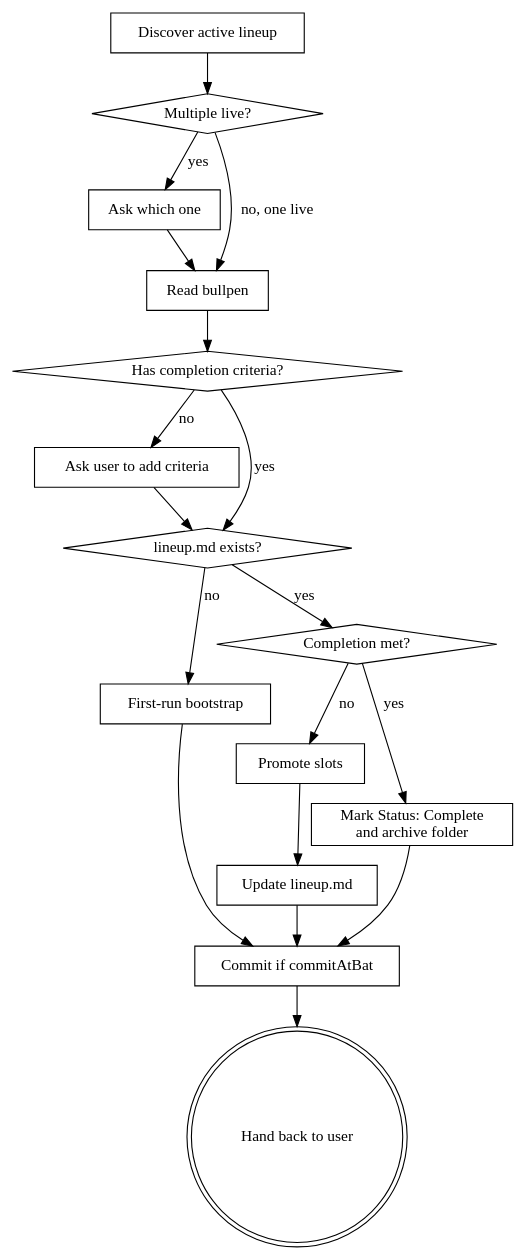
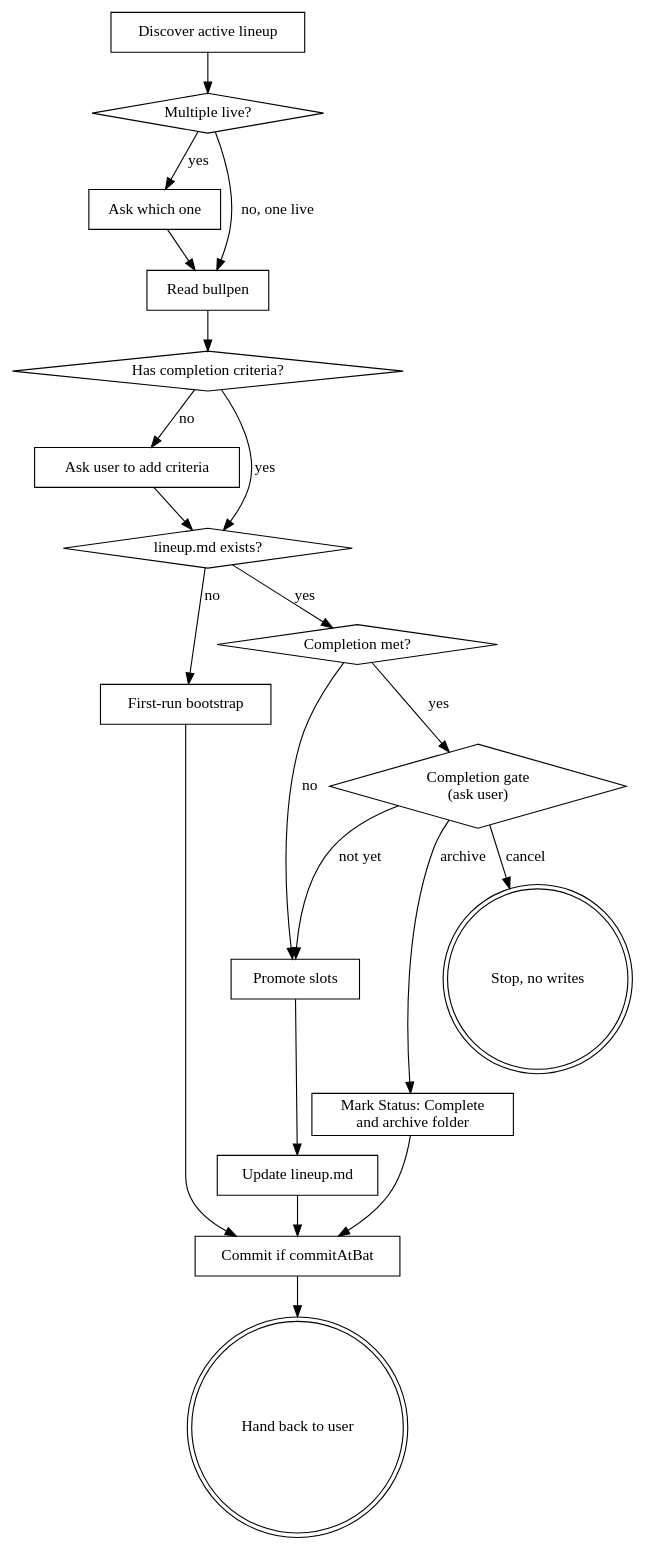
The diagram in plugins/lineup/skills/lineup/SKILL.md (robmt/claude-tools), drawn with Graphviz before and after one commit. The commit also changed other lines of this file and 2 other files, not shown here.

First line of the commit message:
lineup 1.2.0: gate bullpen archive on explicit user confirmation

````diff
--- a/plugins/lineup/skills/lineup/SKILL.md
+++ b/plugins/lineup/skills/lineup/SKILL.md
@@ -358,36 +404,41 @@
 ```dot
 digraph lineup {
     "Discover active lineup" [shape=box];
     "Multiple live?" [shape=diamond];
     "Ask which one" [shape=box];
     "Read bullpen" [shape=box];
     "Has completion criteria?" [shape=diamond];
     "Ask user to add criteria" [shape=box];
     "lineup.md exists?" [shape=diamond];
     "First-run bootstrap" [shape=box];
     "Completion met?" [shape=diamond];
     "Promote slots" [shape=box];
     "Update lineup.md" [shape=box];
     "Commit if commitAtBat" [shape=box];
     "Hand back to user" [shape=doublecircle];
 
     "Discover active lineup" -> "Multiple live?";
     "Multiple live?" -> "Ask which one" [label="yes"];
     "Multiple live?" -> "Read bullpen" [label="no, one live"];
     "Ask which one" -> "Read bullpen";
     "Read bullpen" -> "Has completion criteria?";
     "Has completion criteria?" -> "Ask user to add criteria" [label="no"];
     "Has completion criteria?" -> "lineup.md exists?" [label="yes"];
     "Ask user to add criteria" -> "lineup.md exists?";
     "lineup.md exists?" -> "First-run bootstrap" [label="no"];
     "lineup.md exists?" -> "Completion met?" [label="yes"];
     "First-run bootstrap" -> "Commit if commitAtBat";
+    "Completion gate\n(ask user)" [shape=diamond];
     "Mark Status: Complete\nand archive folder" [shape=box];
-    "Completion met?" -> "Mark Status: Complete\nand archive folder" [label="yes"];
+    "Stop, no writes" [shape=doublecircle];
+    "Completion met?" -> "Completion gate\n(ask user)" [label="yes"];
+    "Completion gate\n(ask user)" -> "Mark Status: Complete\nand archive folder" [label="archive"];
+    "Completion gate\n(ask user)" -> "Promote slots" [label="not yet"];
+    "Completion gate\n(ask user)" -> "Stop, no writes" [label="cancel"];
     "Mark Status: Complete\nand archive folder" -> "Commit if commitAtBat";
     "Completion met?" -> "Promote slots" [label="no"];
     "Promote slots" -> "Update lineup.md";
     "Update lineup.md" -> "Commit if commitAtBat";
     "Commit if commitAtBat" -> "Hand back to user";
 }
 ```
````
